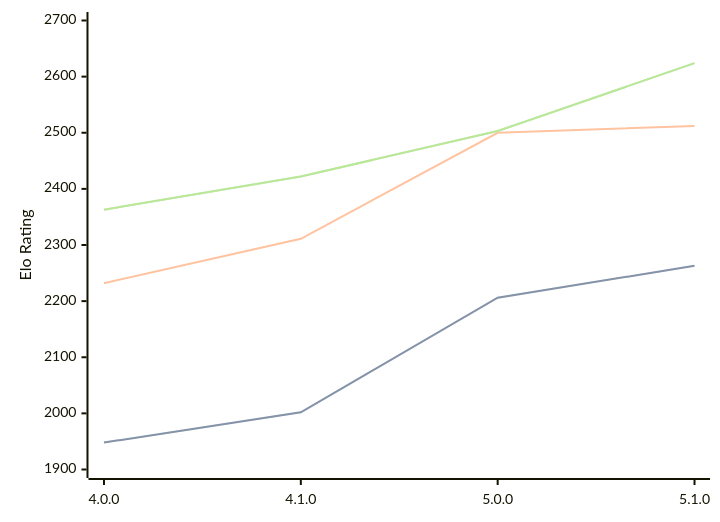
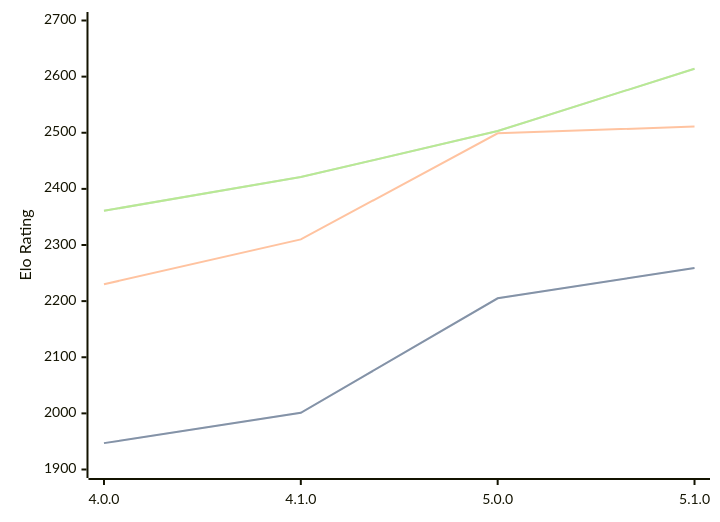
One commit to computer-chess-index/cci changed the diagram in engines/Aconcagua.md. Above: the diagram before and after it, drawn with Mermaid. The commit also changed other lines of this file, not shown here.

Commit message:
Update CCI Ratings (ELO VLTC) - 2026-03-07

````diff
--- a/engines/Aconcagua.md
+++ b/engines/Aconcagua.md
@@ -41,11 +41,11 @@
 ```mermaid
 %%{init: {"theme":"base","themeVariables":{"seriesColors:['#a3a3a3','#222221','#faa371']}}}%%
 xychart-beta
   x-axis ["4.0.0", "4.1.0", "5.0.0", "5.1.0"]
   y-axis "Elo Rating" 1900 --> 2700
-  line "STC (8.0+0.08s)" [1948, 2002, 2206, 2263]
-  line "STC (8.0+0.08s)" [1948, 2002, 2206, 2263]
-  line "LTC (60.0+0.60s)" [2232, 2311, 2500, 2512]
-  line "VLTC (2m24s+1.12s)" [2363, 2422, 2503, 2624]
-  line "VLTC (2m24s+1.12s)" [2363, 2422, 2503, 2624]
+  line "STC (8.0+0.08s)" [1947, 2001, 2205, 2259]
+  line "STC (8.0+0.08s)" [1947, 2001, 2205, 2259]
+  line "LTC (60.0+0.60s)" [2230, 2310, 2499, 2511]
+  line "VLTC (2m24s+1.12s)" [2361, 2421, 2503, 2614]
+  line "VLTC (2m24s+1.12s)" [2361, 2421, 2503, 2614]
 ```
````
